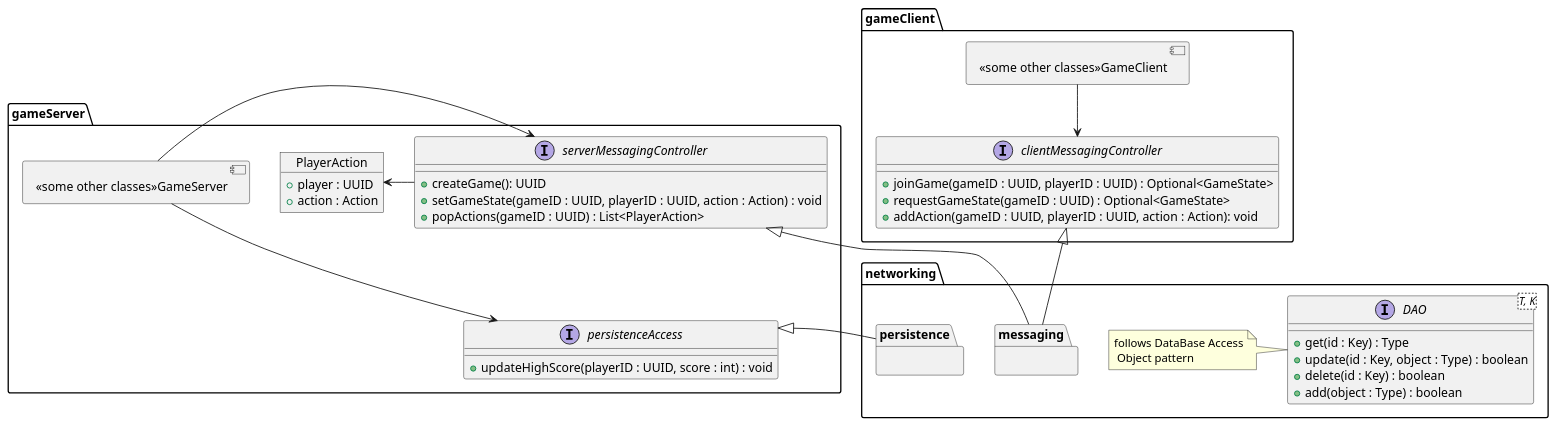
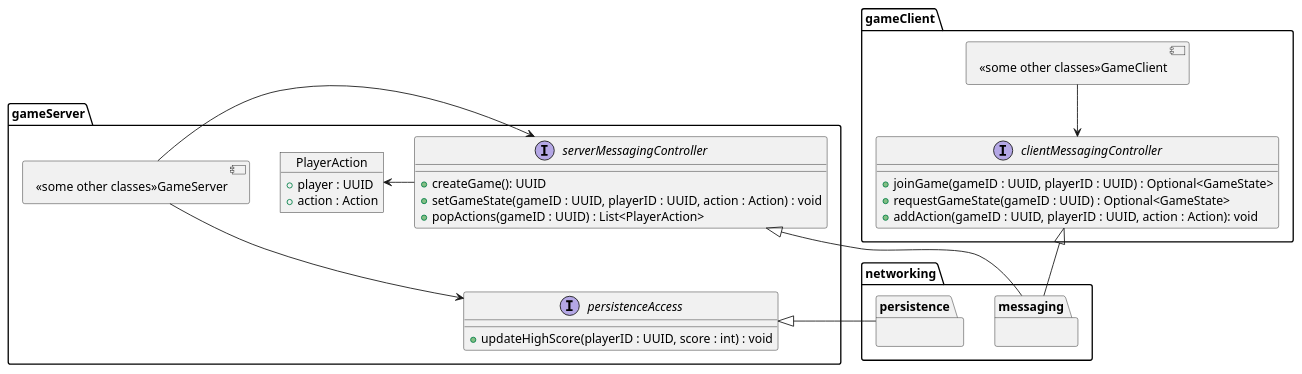
The diagram in docs/diagrams/networking/networking.puml (SverreNystad/besieged), drawn with PlantUML before and after one commit. The commit also changed 1 other file, not shown here.

Commit message:
Add sequence diagram to networking

```diff
--- a/docs/diagrams/networking/networking.puml
+++ b/docs/diagrams/networking/networking.puml
@@ -1,64 +1,64 @@
 @startuml
 allow_mixing
 
 package "networking" {
-    interface DAO<T, K> {
-        +get(id : Key) : Type
-        +update(id : Key, object : Type) : boolean
-        +delete(id : Key) : boolean
-        +add(object : Type) : boolean
-    }
-    note left of DAO : follows DataBase Access\n Object pattern
+    ' interface DAO<T, K> {
+    '     +get(id : Key) : Type
+    '     +update(id : Key, object : Type) : boolean
+    '     +delete(id : Key) : boolean
+    '     +add(object : Type) : boolean
+    ' }
+    ' note left of DAO : follows DataBase Access\n Object pattern
     package persistence {
 
     }
     
     package messaging {
 
     }
 }
 
 package "gameClient" {
     interface clientMessagingController {
         +joinGame(gameID : UUID, playerID : UUID) : Optional<GameState>
         +requestGameState(gameID : UUID) : Optional<GameState>
         +addAction(gameID : UUID, playerID : UUID, action : Action): void
     }
 
     component "<<some other classes>>GameClient" as GameClient
 
     GameClient --> clientMessagingController
 }
 
 package "gameServer"{
     interface serverMessagingController {
         +createGame(): UUID
         +setGameState(gameID : UUID, playerID : UUID, action : Action) : void
         +popActions(gameID : UUID) : List<PlayerAction>
     }
 
     interface persistenceAccess {
         +updateHighScore(playerID : UUID, score : int) : void
     }
     
     object PlayerAction {
         +player : UUID
         +action : Action
     }
 
     component "<<some other classes>>GameServer" as GameServer
 
     serverMessagingController -left-> PlayerAction
     serverMessagingController -[hidden]-> persistenceAccess
     GameServer -> serverMessagingController
     GameServer -> persistenceAccess
 }
 
 messaging -up-|> clientMessagingController
 messaging -left-|> serverMessagingController 
 
 persistence -right-|> persistenceAccess 
 
 
 
 @enduml
```
